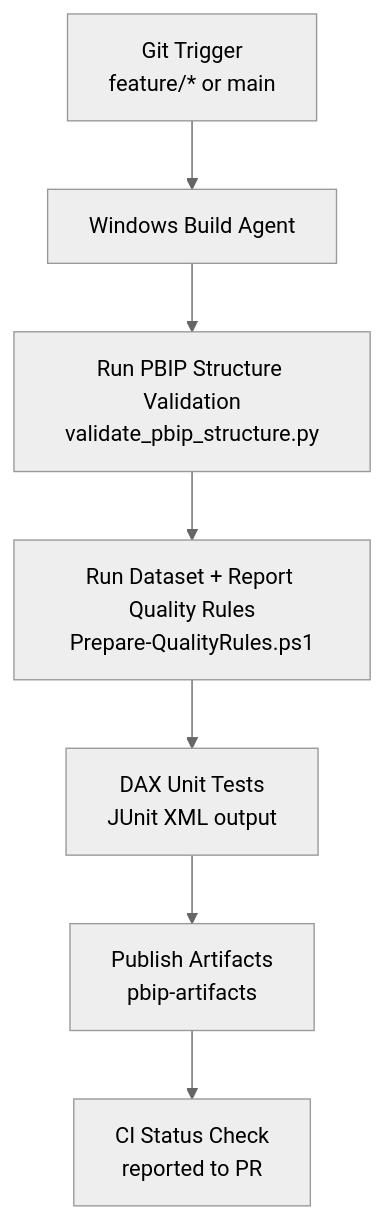
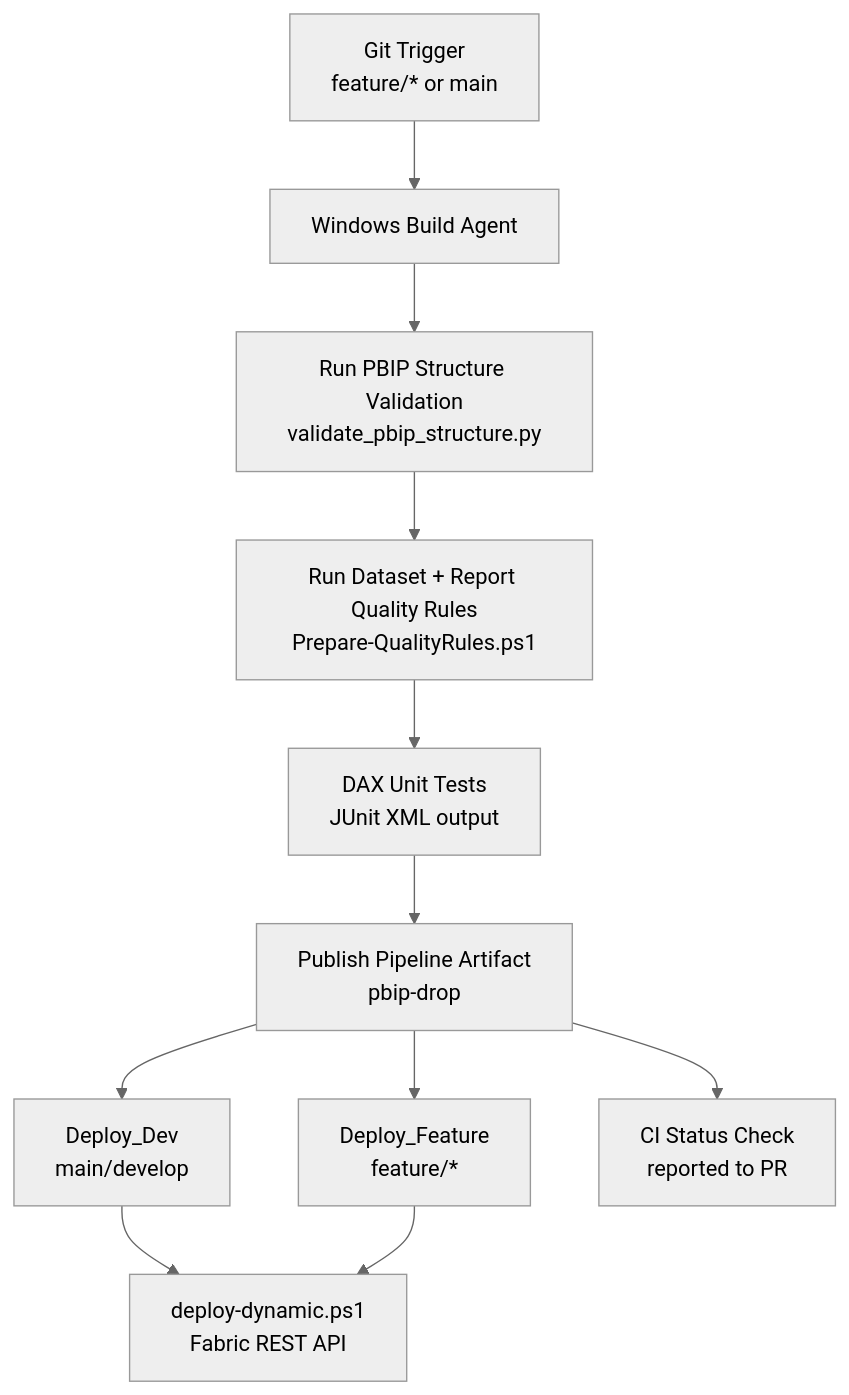
The second of 3 diagrams in docs/architecture/cicd-architecture.md (Coding-Forge/Fabric-BI-DevOps), drawn with Mermaid (neutral theme) before and after one commit. The commit also changed other lines of this file and 25 other files, not shown here.

````diff
--- a/docs/architecture/cicd-architecture.md
+++ b/docs/architecture/cicd-architecture.md
@@ -71,17 +79,24 @@
 ```mermaid
 flowchart TD
     Trigger[Git Trigger\nfeature/* or main]
     Agent[Windows Build Agent]
     Validate[Run PBIP Structure Validation\nvalidate_pbip_structure.py]
     Quality[Run Dataset + Report Quality Rules\nPrepare-QualityRules.ps1]
     DaxTests[DAX Unit Tests\nJUnit XML output]
-    Publish[Publish Artifacts\npbip-artifacts]
+    Publish[Publish Pipeline Artifact\npbip-drop]
+    DeployDev[Deploy_Dev\nmain/develop]
+    DeployFeature[Deploy_Feature\nfeature/*]
+    DeployScript[deploy-dynamic.ps1\nFabric REST API]
     Status[CI Status Check\nreported to PR]
 
     Trigger --> Agent
     Agent --> Validate
     Validate --> Quality
     Quality --> DaxTests
     DaxTests --> Publish
+    Publish --> DeployDev
+    Publish --> DeployFeature
+    DeployDev --> DeployScript
+    DeployFeature --> DeployScript
     Publish --> Status
 ```
````
